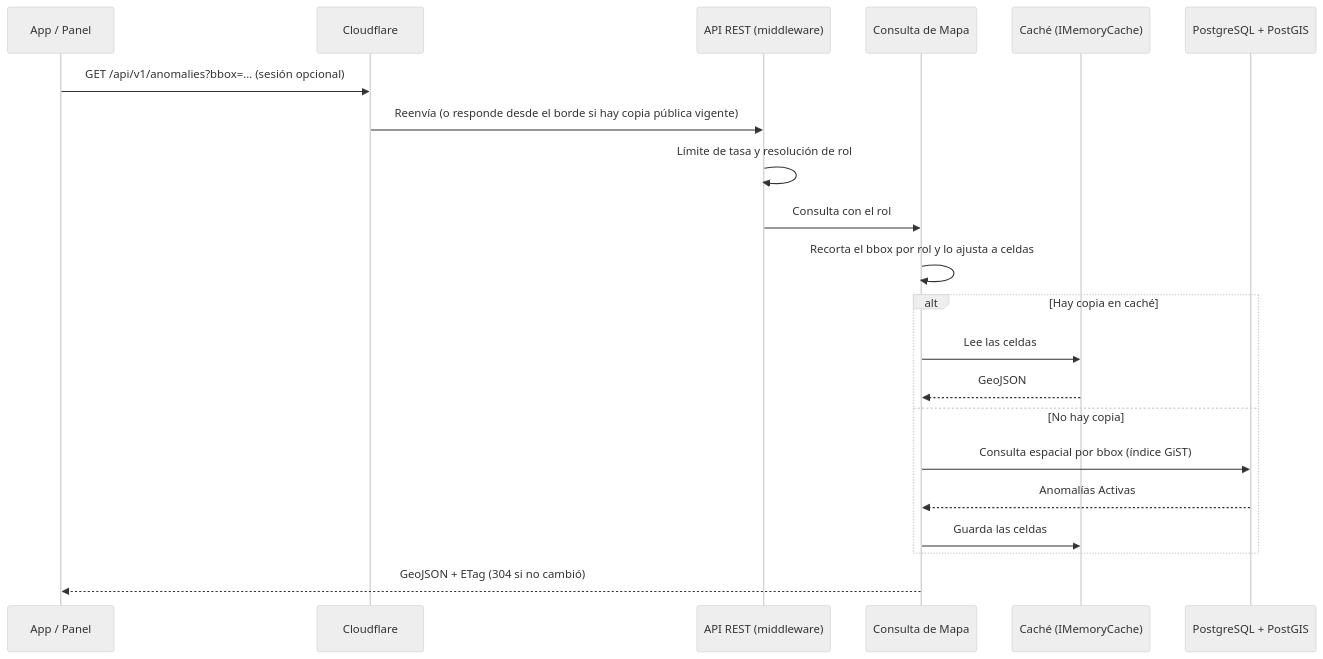
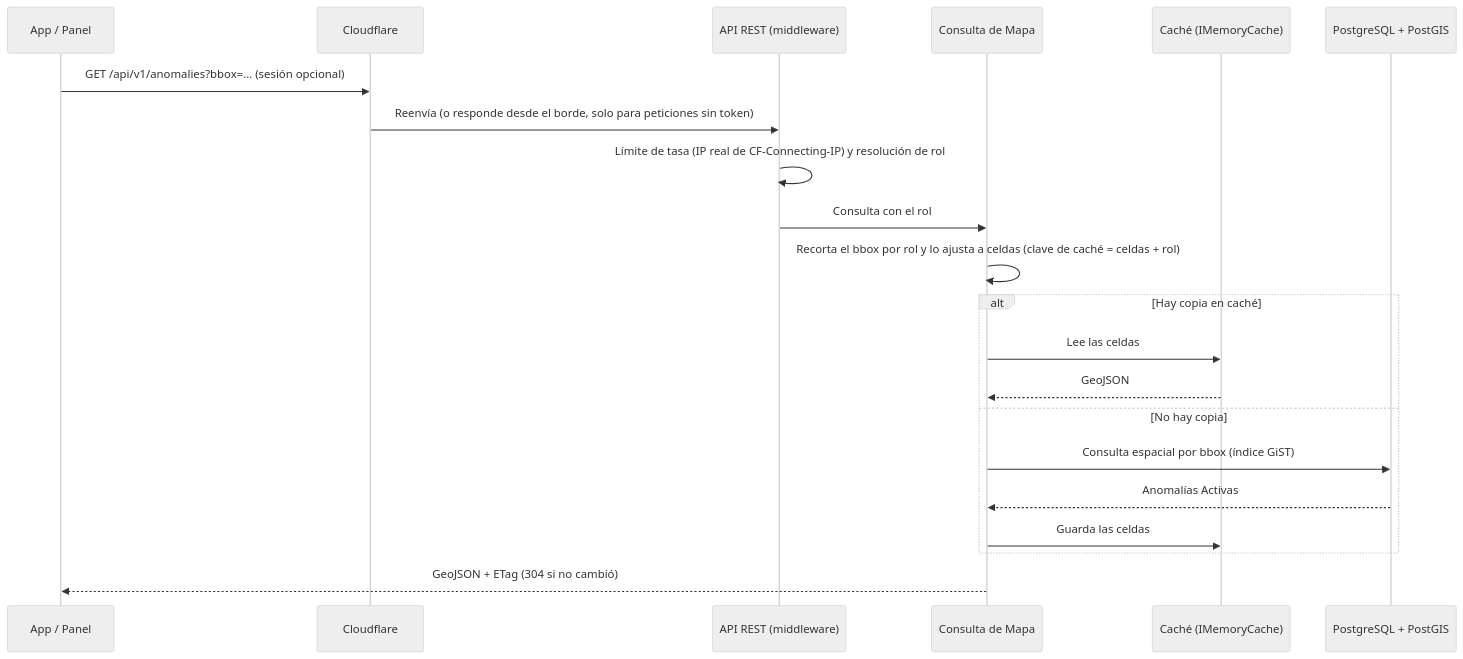
The second of 2 diagrams in docs/02-arquitectura-de-software/arquitectura-inicial.md (Crisso29/KillaUru_Sprint01), drawn with Mermaid (neutral theme) before and after one commit. The commit also changed other lines of this file and 15 other files, not shown here.

````diff
--- a/docs/02-arquitectura-de-software/arquitectura-inicial.md
+++ b/docs/02-arquitectura-de-software/arquitectura-inicial.md
@@ -70,24 +70,24 @@
 ```mermaid
 sequenceDiagram
     participant U as App / Panel
     participant CF as Cloudflare
     participant R as API REST (middleware)
     participant M as Consulta de Mapa
     participant K as Caché (IMemoryCache)
     participant DB as PostgreSQL + PostGIS
 
     U->>CF: GET /api/v1/anomalies?bbox=… (sesión opcional)
-    CF->>R: Reenvía (o responde desde el borde si hay copia pública vigente)
-    R->>R: Límite de tasa y resolución de rol
+    CF->>R: Reenvía (o responde desde el borde, solo para peticiones sin token)
+    R->>R: Límite de tasa (IP real de CF-Connecting-IP) y resolución de rol
     R->>M: Consulta con el rol
-    M->>M: Recorta el bbox por rol y lo ajusta a celdas
+    M->>M: Recorta el bbox por rol y lo ajusta a celdas (clave de caché = celdas + rol)
     alt Hay copia en caché
         M->>K: Lee las celdas
         K-->>M: GeoJSON
     else No hay copia
         M->>DB: Consulta espacial por bbox (índice GiST)
         DB-->>M: Anomalías Activas
         M->>K: Guarda las celdas
     end
     M-->>U: GeoJSON + ETag (304 si no cambió)
 ```
````
